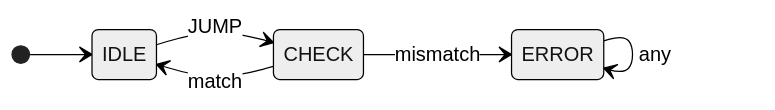
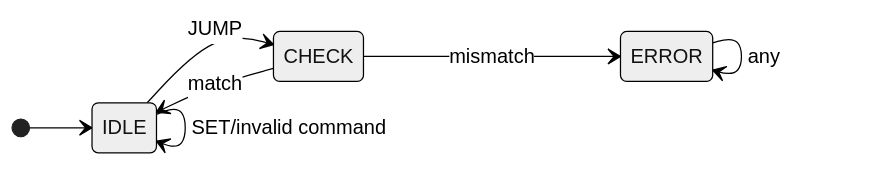
One commit to SaiCharanMarrivada/Implementation-of-riscv-extensions-for-cfi-challenge changed the diagram in README.md. Above: the diagram before and after it, drawn with Mermaid (neutral theme).

Commit message:
Update the state-diagram in the README

````diff
--- a/README.md
+++ b/README.md
@@ -7,10 +7,11 @@
 ```mermaid
 stateDiagram-v2
     direction LR
     [*] --> IDLE
 
     IDLE --> CHECK: JUMP
+    IDLE --> IDLE: SET/invalid command
     CHECK --> IDLE: match
     CHECK --> ERROR: mismatch
     ERROR --> ERROR: any
 ```
````
